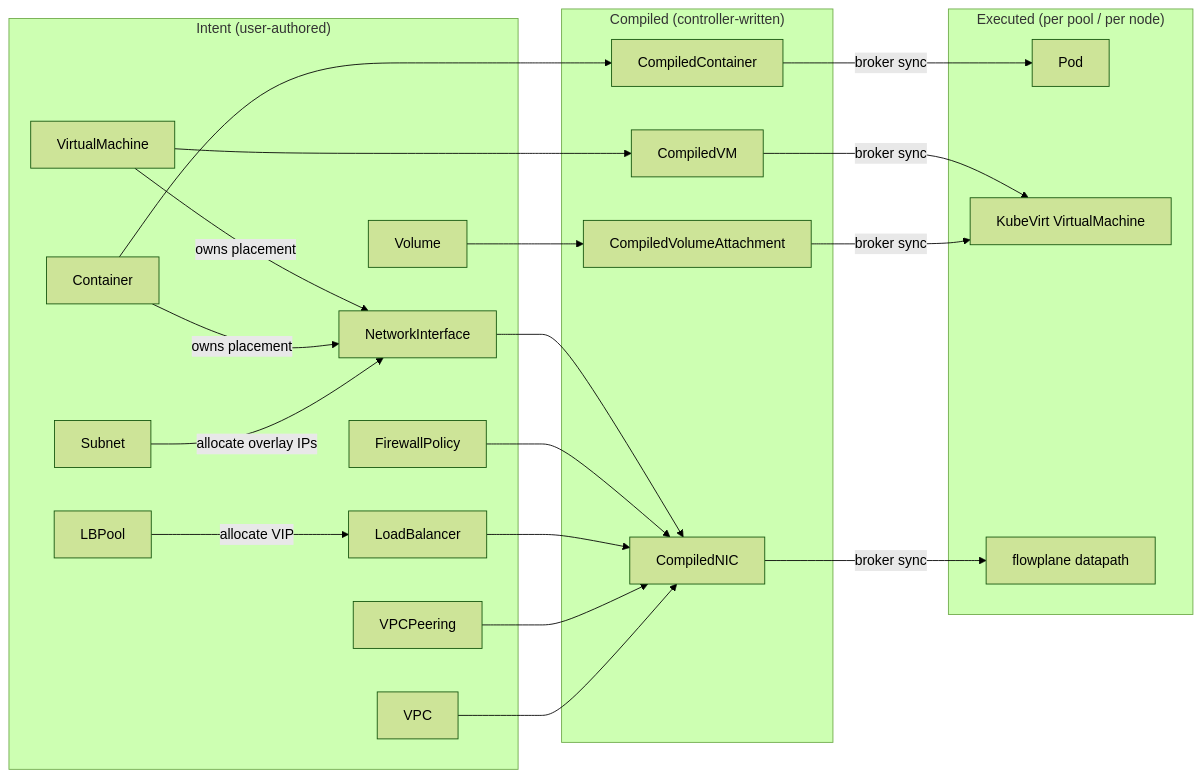
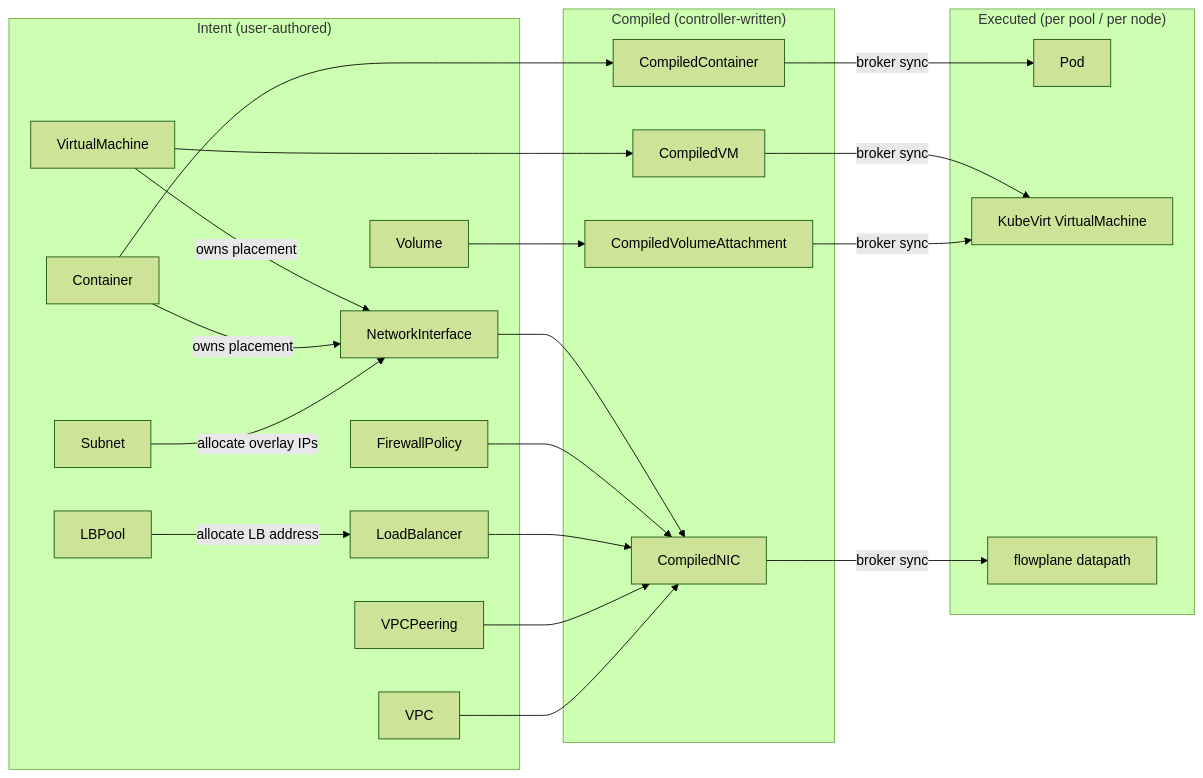
One commit to trevex/ectobase changed the diagram in docs/reference/crd-interactions.md. Above: the diagram before and after it, drawn with Mermaid (forest theme). The commit also changed other lines of this file and 144 other files, not shown here.

````diff
--- a/docs/reference/crd-interactions.md
+++ b/docs/reference/crd-interactions.md
@@ -33,41 +33,41 @@
 ```mermaid
 flowchart LR
     subgraph intent["Intent (user-authored)"]
         VM[VirtualMachine]
         CT[Container]
         NIC[NetworkInterface]
         VOL[Volume]
         FW[FirewallPolicy]
         LB[LoadBalancer]
         PEER[VPCPeering]
         VPC[VPC]
         SUBNET[Subnet]
         LBPOOL[LBPool]
     end
 
     subgraph compiled["Compiled (controller-written)"]
         CNIC[CompiledNIC]
         CVM[CompiledVM]
         CCT[CompiledContainer]
         CVA[CompiledVolumeAttachment]
     end
 
     subgraph exec["Executed (per pool / per node)"]
         POD[Pod]
         KVM[KubeVirt VirtualMachine]
         DP[flowplane datapath]
     end
 
     VM & CT -->|owns placement| NIC
     SUBNET -->|allocate overlay IPs| NIC
-    LBPOOL -->|allocate VIP| LB
+    LBPOOL -->|allocate LB address| LB
     NIC & FW & LB & PEER & VPC --> CNIC
     VM --> CVM
     CT --> CCT
     VOL --> CVA
 
     CNIC -->|broker sync| DP
     CVM -->|broker sync| KVM
     CCT -->|broker sync| POD
     CVA -->|broker sync| KVM
 ```
````
